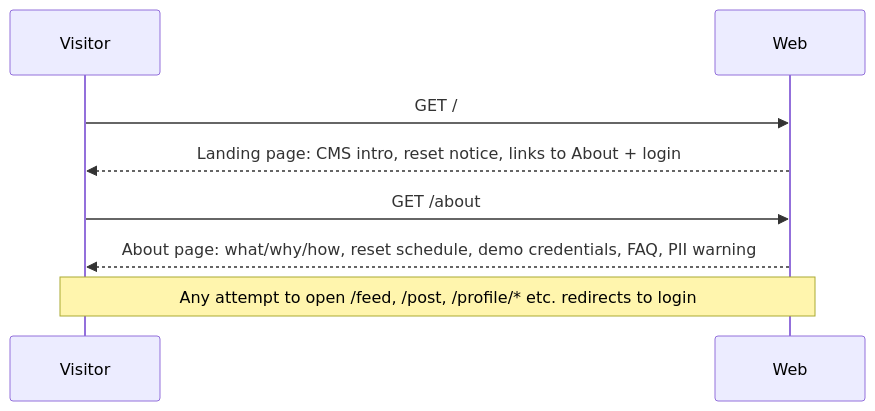
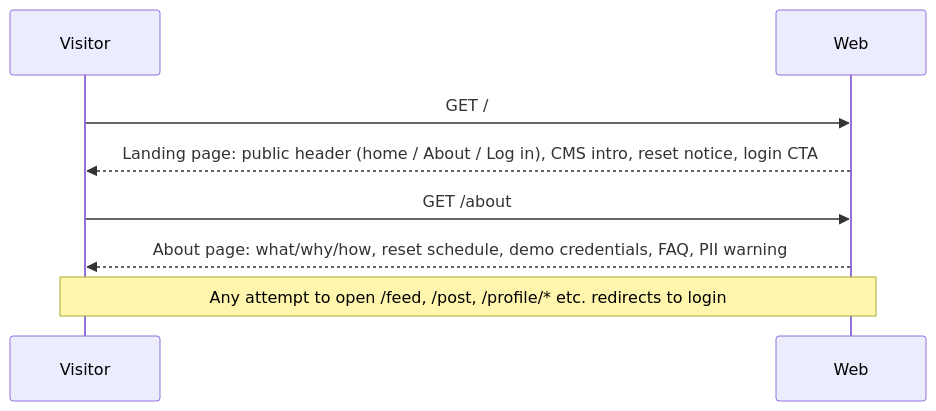
One commit to jdc-projects/xitter changed the first of 9 diagrams in docs/specs/product/03-user-flows.md. Above: the diagram before and after it, drawn with Mermaid. The commit also changed 14 other files, not shown here.

First line of the commit message:
feat(web): public header nav, About self-link fix, 404 page, feed retry (#32)

````diff
--- a/docs/specs/product/03-user-flows.md
+++ b/docs/specs/product/03-user-flows.md
@@ -7,10 +7,10 @@
 ```mermaid
 sequenceDiagram
     participant V as Visitor
     participant W as Web
     V->>W: GET /
-    W-->>V: Landing page: CMS intro, reset notice, links to About + login
+    W-->>V: Landing page: public header (home / About / Log in), CMS intro, reset notice, login CTA
     V->>W: GET /about
     W-->>V: About page: what/why/how, reset schedule, demo credentials, FAQ, PII warning
     Note over V,W: Any attempt to open /feed, /post, /profile/* etc. redirects to login
 ```
````
